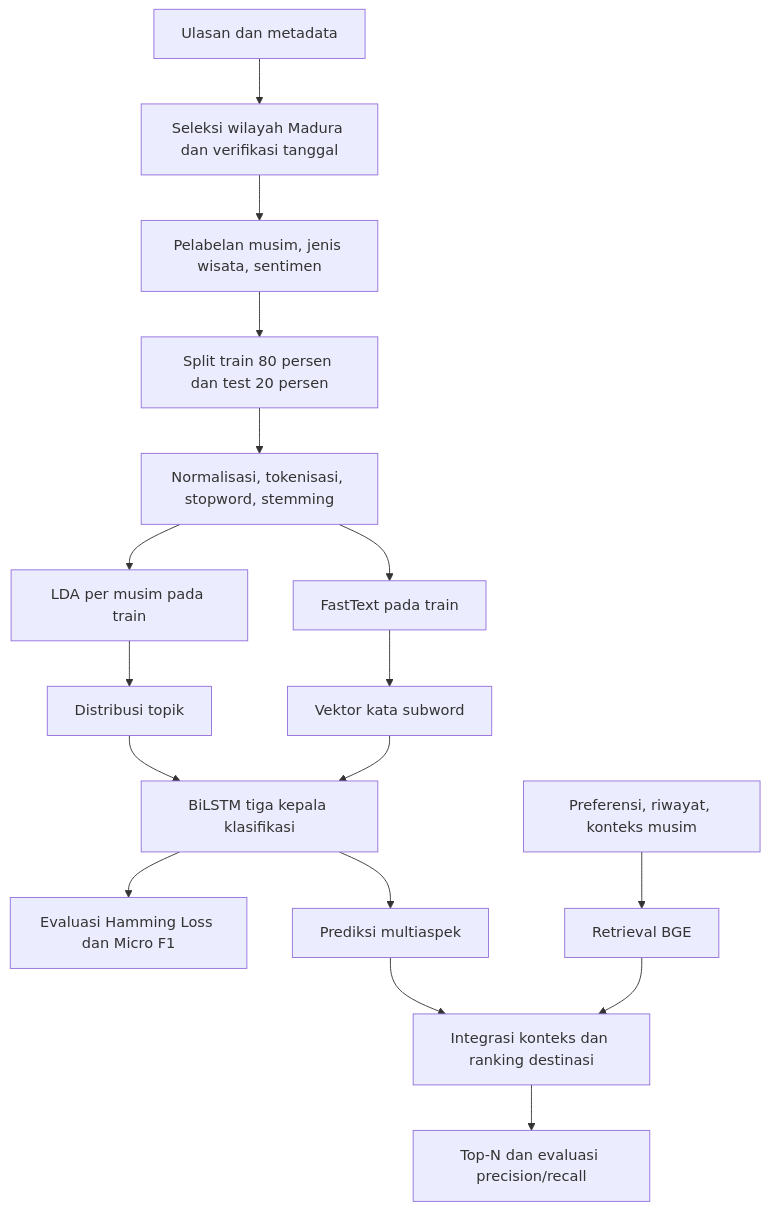
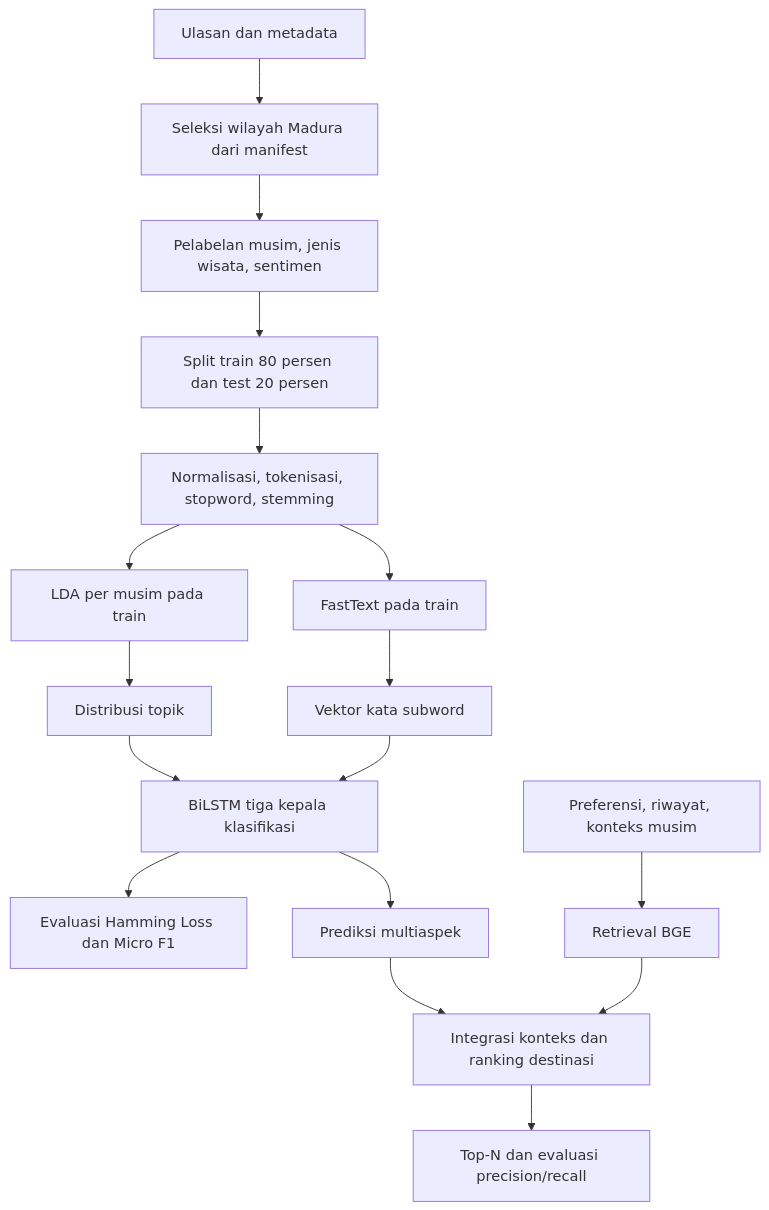
Before and after one commit to MalikHariyanto/Recomendation_System: the diagram in docs/METODOLOGI.md, drawn with Mermaid. The commit also changed other lines of this file and 22 other files, not shown here.

````diff
--- a/docs/METODOLOGI.md
+++ b/docs/METODOLOGI.md
@@ -24,19 +24,19 @@
 ```mermaid
 flowchart TD
-    A[Ulasan dan metadata] --> B[Seleksi wilayah Madura dan verifikasi tanggal]
+    A[Ulasan dan metadata] --> B[Seleksi wilayah Madura dari manifest]
     B --> C[Pelabelan musim, jenis wisata, sentimen]
     C --> D[Split train 80 persen dan test 20 persen]
     D --> E[Normalisasi, tokenisasi, stopword, stemming]
     E --> F[LDA per musim pada train]
     E --> G[FastText pada train]
     F --> H[Distribusi topik]
     G --> I[Vektor kata subword]
     H --> J[BiLSTM tiga kepala klasifikasi]
     I --> J
     J --> K[Evaluasi Hamming Loss dan Micro F1]
     J --> L[Prediksi multiaspek]
     Q[Preferensi, riwayat, konteks musim] --> M[Retrieval BGE]
     L --> N[Integrasi konteks dan ranking destinasi]
     M --> N
     N --> O[Top-N dan evaluasi precision/recall]
 ```
````
